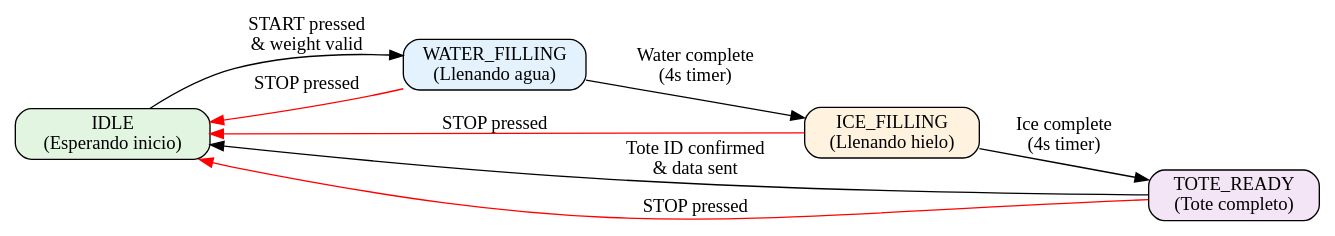
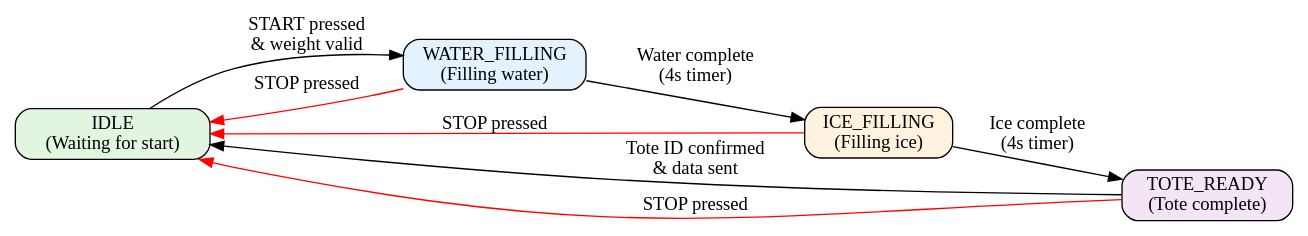
One commit to ayam-brand-IOT/Tote_outbound changed the first of 3 diagrams in README.md. Above: the diagram before and after it, drawn with Graphviz. The commit also changed other lines of this file and 5 other files, not shown here.

````diff
--- a/README.md
+++ b/README.md
@@ -45,20 +45,20 @@
 ```dot
 digraph ControllerStates {
     rankdir=LR;
     node [shape=box, style=rounded];
     
-    IDLE [label="IDLE\n(Esperando inicio)", style="rounded,filled", fillcolor="#e1f5e1"];
-    WATER_FILLING [label="WATER_FILLING\n(Llenando agua)", style="rounded,filled", fillcolor="#e3f2fd"];
-    ICE_FILLING [label="ICE_FILLING\n(Llenando hielo)", style="rounded,filled", fillcolor="#fff3e0"];
-    TOTE_READY [label="TOTE_READY\n(Tote completo)", style="rounded,filled", fillcolor="#f3e5f5"];
+    IDLE [label="IDLE\n(Waiting for start)", style="rounded,filled", fillcolor="#e1f5e1"];
+    WATER_FILLING [label="WATER_FILLING\n(Filling water)", style="rounded,filled", fillcolor="#e3f2fd"];
+    ICE_FILLING [label="ICE_FILLING\n(Filling ice)", style="rounded,filled", fillcolor="#fff3e0"];
+    TOTE_READY [label="TOTE_READY\n(Tote complete)", style="rounded,filled", fillcolor="#f3e5f5"];
     
     IDLE -> WATER_FILLING [label="START pressed\n& weight valid"];
     WATER_FILLING -> ICE_FILLING [label="Water complete\n(4s timer)"];
     ICE_FILLING -> TOTE_READY [label="Ice complete\n(4s timer)"];
     TOTE_READY -> IDLE [label="Tote ID confirmed\n& data sent"];
     
     WATER_FILLING -> IDLE [label="STOP pressed", color=red];
     ICE_FILLING -> IDLE [label="STOP pressed", color=red];
     TOTE_READY -> IDLE [label="STOP pressed", color=red];
 }
 ```
````
